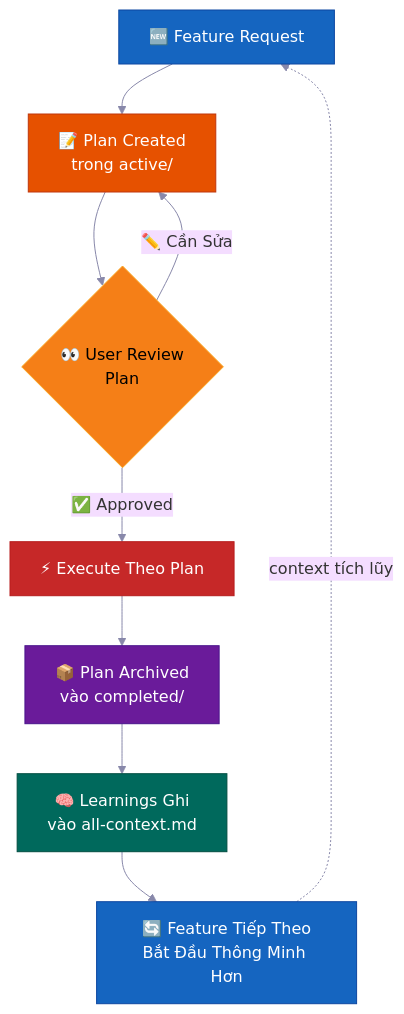
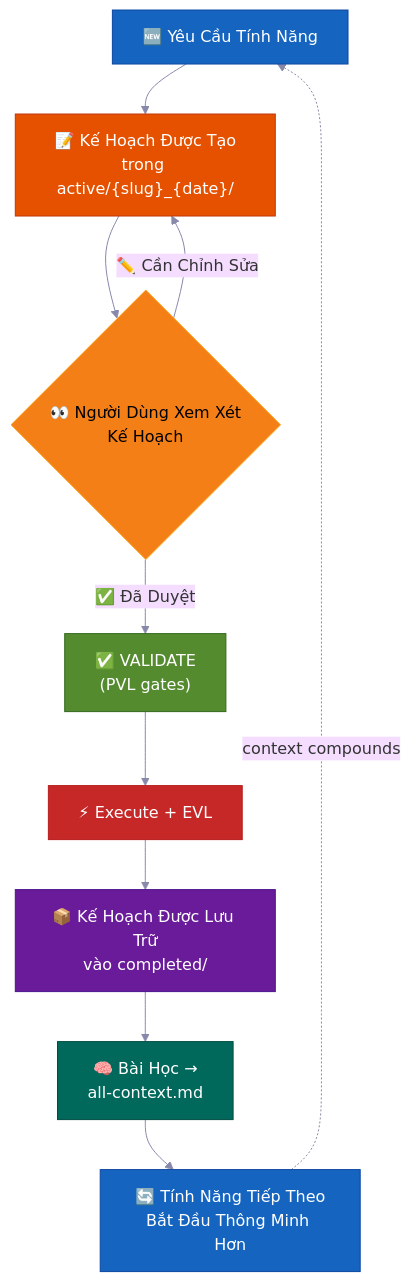
One commit to Erlangga15/vibecode-pro-max-kit changed the tenth of 14 diagrams in docs/i18n/README.vi-VN.md. Above: the diagram before and after it, drawn with Mermaid. The commit also changed other lines of this file and 43 other files, not shown here.

````diff
--- a/docs/i18n/README.vi-VN.md
+++ b/docs/i18n/README.vi-VN.md
@@ -858,28 +1140,26 @@
 ```mermaid
 %%{init: {'theme': 'base', 'themeVariables': {'fontSize': '16px', 'lineColor': '#8888AA'}} }%%
 flowchart TD
-    A["🆕 Feature Request"]
-    B["📝 Plan Created\ntrong active/"]
-    C{"👀 User Review\nPlan"}
-    D["⚡ Execute Theo Plan"]
-    E["📦 Plan Archived\nvào completed/"]
-    F["🧠 Learnings Ghi\nvào all-context.md"]
-    G["🔄 Feature Tiếp Theo\nBắt Đầu Thông Minh Hơn"]
+    A["🆕 Yêu Cầu Tính Năng"]
+    B["📝 Kế Hoạch Được Tạo\ntrong active/{slug}_{date}/"]
+    C{"👀 Người Dùng Xem Xét\nKế Hoạch"}
+    D["✅ VALIDATE\n(PVL gates)"]
+    E["⚡ Execute + EVL"]
+    F["📦 Kế Hoạch Được Lưu Trữ\nvào completed/"]
+    G["🧠 Bài Học →\nall-context.md"]
+    H["🔄 Tính Năng Tiếp Theo\nBắt Đầu Thông Minh Hơn"]
 
-    A --> B
-    B --> C
-    C -->|"✅ Approved"| D
-    C -->|"✏️ Cần Sửa"| B
-    D --> E
-    E --> F
-    F --> G
-    G -.->|"context tích lũy"| A
+    A --> B --> C
+    C -->|"✏️ Cần Chỉnh Sửa"| B
+    C -->|"✅ Đã Duyệt"| D --> E --> F --> G --> H
+    H -.->|"context compounds"| A
 
     style A fill:#1565C0,stroke:#0D47A1,color:#FFFFFF
     style B fill:#E65100,stroke:#BF360C,color:#FFFFFF
     style C fill:#F57F17,stroke:#F9A825,color:#000000
-    style D fill:#C62828,stroke:#B71C1C,color:#FFFFFF
-    style E fill:#6A1B9A,stroke:#4A148C,color:#FFFFFF
-    style F fill:#00695C,stroke:#004D40,color:#FFFFFF
-    style G fill:#1565C0,stroke:#0D47A1,color:#FFFFFF
+    style D fill:#558B2F,stroke:#33691E,color:#FFFFFF
+    style E fill:#C62828,stroke:#B71C1C,color:#FFFFFF
+    style F fill:#6A1B9A,stroke:#4A148C,color:#FFFFFF
+    style G fill:#00695C,stroke:#004D40,color:#FFFFFF
+    style H fill:#1565C0,stroke:#0D47A1,color:#FFFFFF
 ```
````
